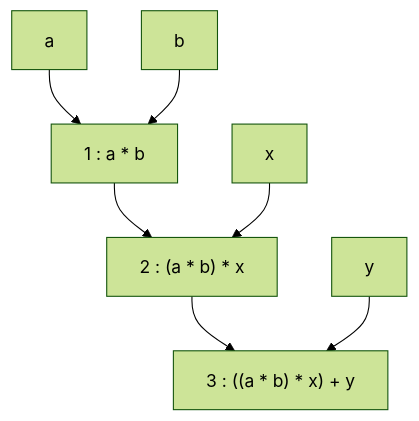
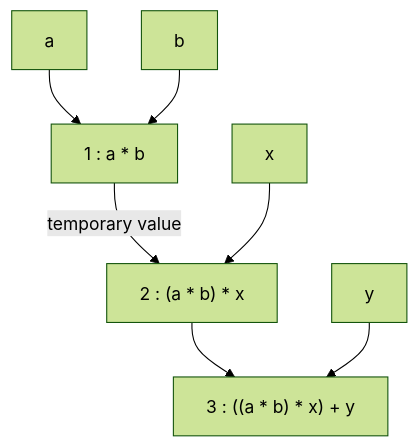
The diagram in tpl_expr/README.md (kivvix/misc), drawn with Mermaid (forest theme) before and after one commit.

Commit message:
test mermaid graph

````diff
--- a/tpl_expr/README.md
+++ b/tpl_expr/README.md
@@ -127,16 +127,16 @@
   ```mermaid
   graph TD;
       a["a"]
       b["b"]
       x["x"]
       y["y"]
       ab["1 : a * b"]
       abx["2 : (a * b) * x"]
       abxpy["3 : ((a * b) * x) + y"]
       a --> ab
       b --> ab
-      ab --> abx
+      ab -- temporary value --> abx
       x --> abx
       abx --> abxpy
       y --> abxpy
   ```
````
